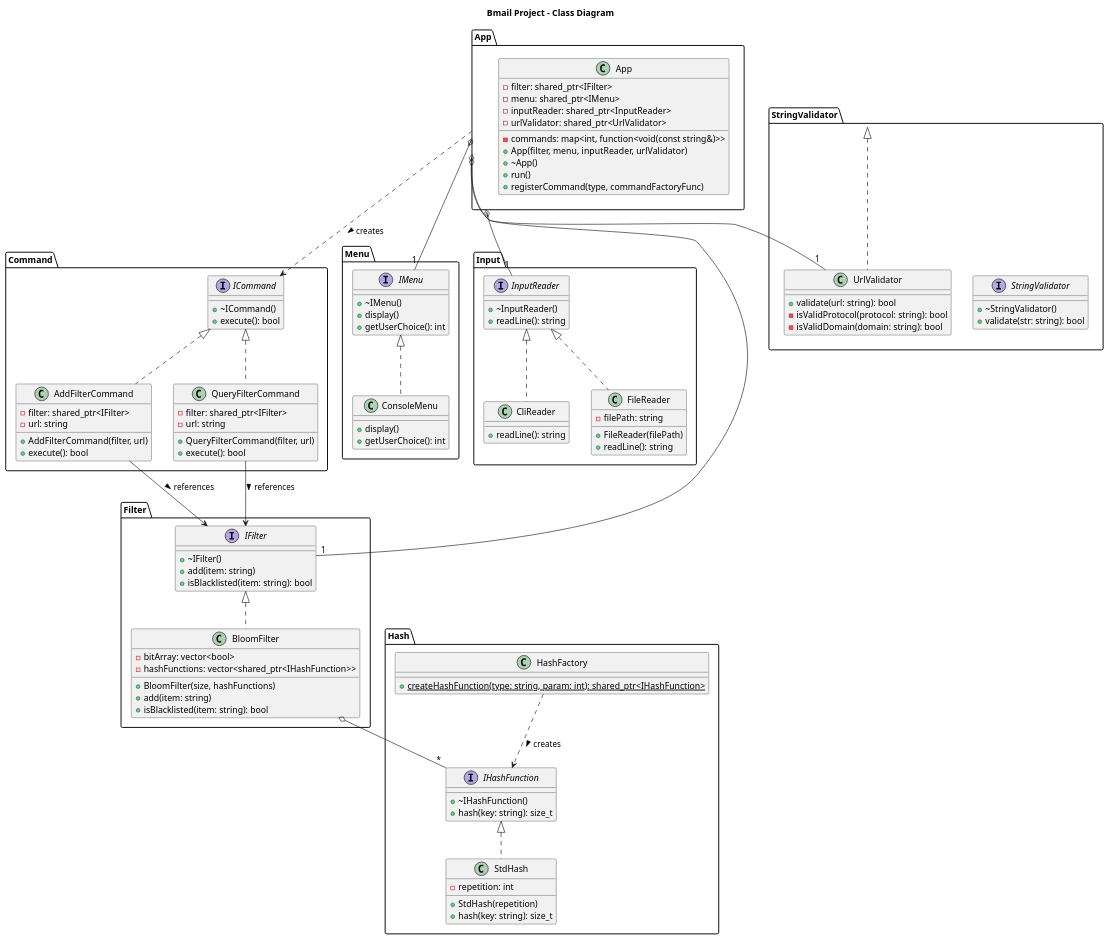
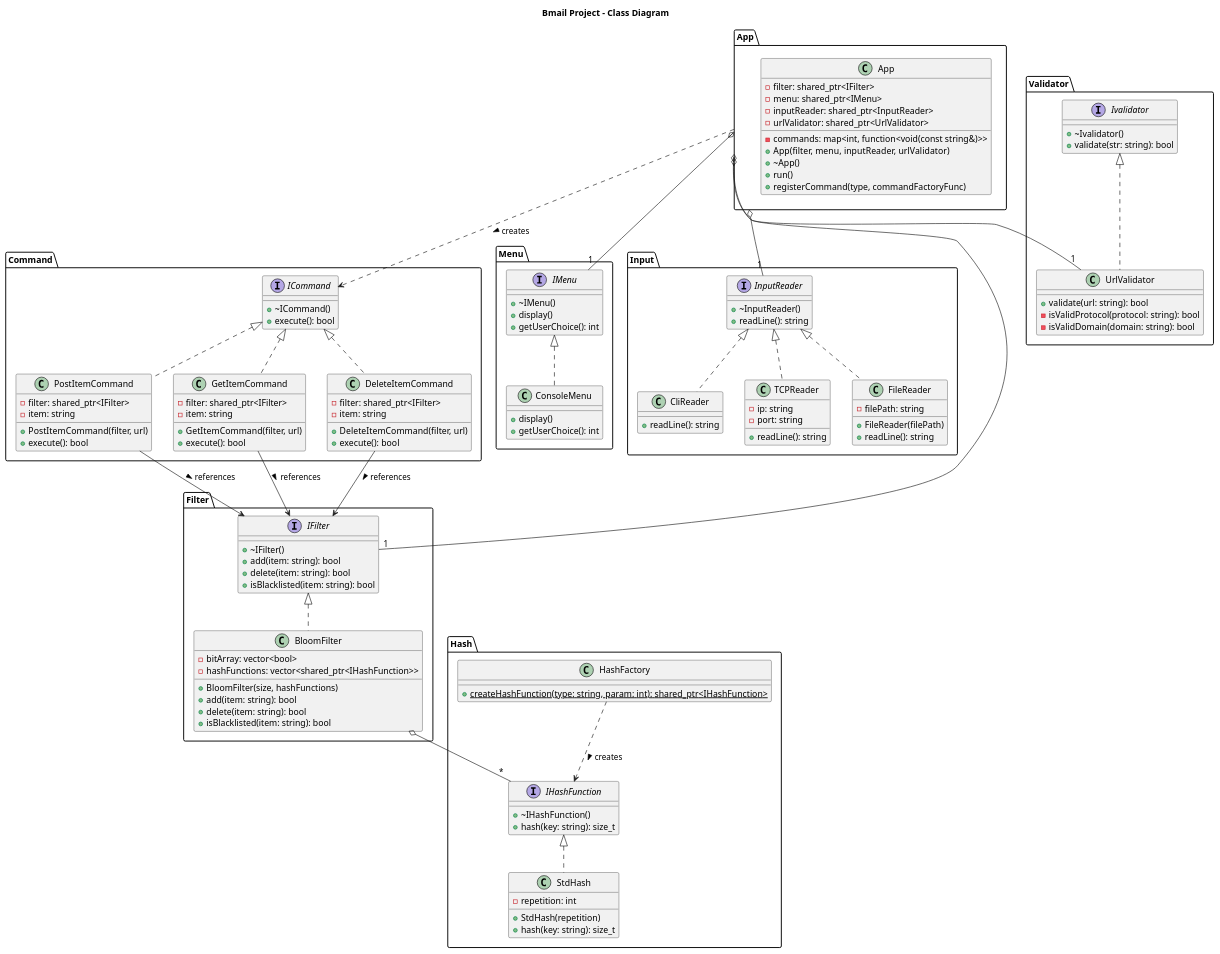
Before and after one commit to nav1s/Bmail: the diagram in assets/bmail-uml-diagram.puml, drawn with PlantUML. The commit also changed 1 other file, not shown here.

Commit message:
update uml diagram

```diff
--- a/assets/bmail-uml-diagram.puml
+++ b/assets/bmail-uml-diagram.puml
@@ -1,137 +1,155 @@
 @startuml bmail
 
 title Bmail Project - Class Diagram
 
 package App {
   class App {
     - commands: map<int, function<void(const string&)>>
     - filter: shared_ptr<IFilter>
     - menu: shared_ptr<IMenu>
     - inputReader: shared_ptr<InputReader>
     - urlValidator: shared_ptr<UrlValidator>
     + App(filter, menu, inputReader, urlValidator)
     + ~App()
     + run()
     + registerCommand(type, commandFactoryFunc)
   }
 }
 
 package Filter {
   interface IFilter {
     + ~IFilter()
-    + add(item: string)
+    + add(item: string): bool
+    + delete(item: string): bool
     + isBlacklisted(item: string): bool
   }
   
   class BloomFilter {
     - bitArray: vector<bool>
     - hashFunctions: vector<shared_ptr<IHashFunction>>
     + BloomFilter(size, hashFunctions)
-    + add(item: string)
+    + add(item: string): bool
+    + delete(item: string): bool
     + isBlacklisted(item: string): bool
   }
 }
 
 package Hash {
   interface IHashFunction {
     + ~IHashFunction()
     + hash(key: string): size_t
   }
   
   class StdHash {
     - repetition: int
     + StdHash(repetition)
     + hash(key: string): size_t
   }
   
   class HashFactory {
     + {static} createHashFunction(type: string, param: int): shared_ptr<IHashFunction>
   }
 }
 
 package Command {
   interface ICommand {
     + ~ICommand()
     + execute(): bool
   }
   
-  class AddFilterCommand {
+  class PostItemCommand {
     - filter: shared_ptr<IFilter>
-    - url: string
-    + AddFilterCommand(filter, url)
+    - item: string
+    + PostItemCommand(filter, url)
     + execute(): bool
   }
   
-  class QueryFilterCommand {
+  class GetItemCommand {
     - filter: shared_ptr<IFilter>
-    - url: string
-    + QueryFilterCommand(filter, url)
+    - item: string
+    + GetItemCommand(filter, url)
+    + execute(): bool
+  }
+  
+  class DeleteItemCommand {
+    - filter: shared_ptr<IFilter>
+    - item: string
+    + DeleteItemCommand(filter, url)
     + execute(): bool
   }
 }
 
 package Menu {
   interface IMenu {
     + ~IMenu()
     + display()
     + getUserChoice(): int
   }
   
   class ConsoleMenu {
     + display()
     + getUserChoice(): int
   }
 }
 
 package Input {
   interface InputReader {
     + ~InputReader()
     + readLine(): string
   }
   
   class CliReader {
     + readLine(): string
   }
   
+  class TCPReader {
+    - ip: string
+    - port: string
+    + readLine(): string
+  }
+
   class FileReader {
     - filePath: string
     + FileReader(filePath)
     + readLine(): string
   }
 }
 
-package StringValidator {
-  interface StringValidator {
-    + ~StringValidator()
+package Validator {
+  interface Ivalidator {
+    + ~Ivalidator()
     + validate(str: string): bool
   }
   
   class UrlValidator {
     + validate(url: string): bool
     - isValidProtocol(protocol: string): bool
     - isValidDomain(domain: string): bool
   }
 }
 
 ' Inheritance relationships
 IFilter <|.. BloomFilter
 IHashFunction <|.. StdHash
-ICommand <|.. AddFilterCommand
-ICommand <|.. QueryFilterCommand
+ICommand <|.. PostItemCommand
+ICommand <|.. GetItemCommand
+ICommand <|.. DeleteItemCommand
 IMenu <|.. ConsoleMenu
 InputReader <|.. CliReader
 InputReader <|.. FileReader
-StringValidator <|.. UrlValidator
+InputReader <|.. TCPReader
+Ivalidator <|.. UrlValidator
 
 ' Composition & Dependency relationships
 App o-- "1" IFilter
 App o-- "1" IMenu
 App o-- "1" InputReader
 App o-- "1" UrlValidator
 App ..> ICommand : creates >
 BloomFilter o-- "*" IHashFunction
-AddFilterCommand --> IFilter : references >
-QueryFilterCommand --> IFilter : references >
+PostItemCommand --> IFilter : references >
+GetItemCommand --> IFilter : references >
+DeleteItemCommand --> IFilter : references >
 HashFactory ..> IHashFunction : creates >
 
 @enduml 
```
